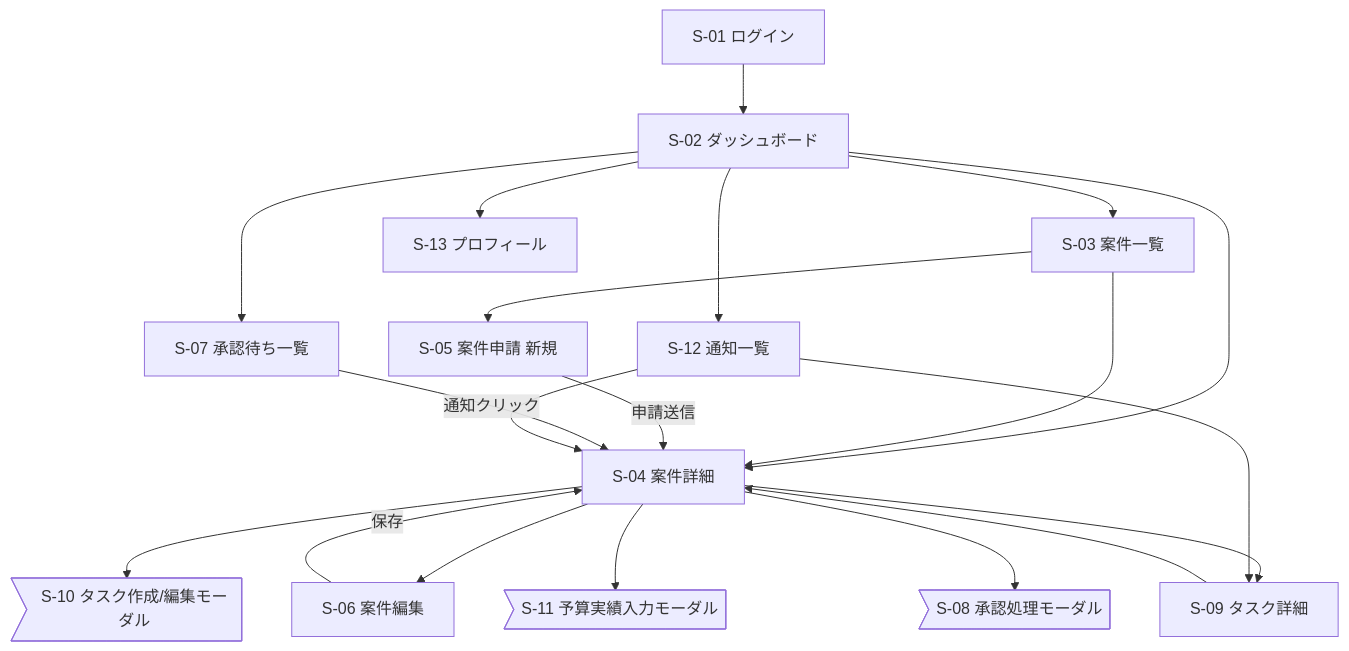
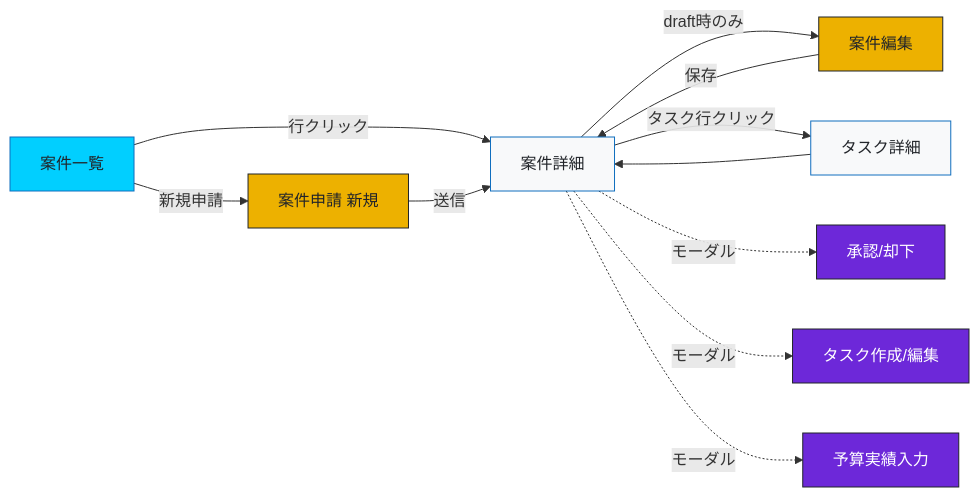
The second of 3 diagrams in quest_1/doc/Design/screen_flow.md (toutetu/ProjNexus), drawn with Mermaid before and after one commit. The commit also changed other lines of this file and 2 other files, not shown here.

Commit message:
docs: update daily report and schedule progress
Reflect today's progress in the daily report and align the design schedule and screen flow notes with the latest implementation plan.

Made-with: Cursor

````diff
--- a/quest_1/doc/Design/screen_flow.md
+++ b/quest_1/doc/Design/screen_flow.md
@@ -49,36 +72,25 @@
 ```mermaid
-flowchart TD
-  S01[S-01 ログイン]
-  S02[S-02 ダッシュボード]
-  S03[S-03 案件一覧]
-  S04[S-04 案件詳細]
-  S05[S-05 案件申請 新規]
-  S06[S-06 案件編集]
-  S07[S-07 承認待ち一覧]
-  S08>S-08 承認処理モーダル]
-  S09[S-09 タスク詳細]
-  S10>S-10 タスク作成/編集モーダル]
-  S11>S-11 予算実績入力モーダル]
-  S12[S-12 通知一覧]
-  S13[S-13 プロフィール]
+flowchart LR
+  S03[案件一覧]:::hub
+  S05[案件申請 新規]:::form
+  S04[案件詳細]:::detail
+  S06[案件編集]:::form
+  S09[タスク詳細]:::detail
 
-  S01 --> S02
-  S02 --> S03
-  S02 --> S07
-  S02 --> S12
-  S02 --> S04
-  S03 --> S04
-  S03 --> S05
-  S05 -->|申請送信| S04
-  S04 --> S06
+  S03 -->|新規申請| S05
+  S03 -->|行クリック| S04
+  S05 -->|送信| S04
+  S04 -->|draft時のみ| S06
   S06 -->|保存| S04
-  S04 --> S09
-  S04 --> S10
-  S04 --> S11
-  S04 --> S08
-  S07 --> S04
+  S04 -->|タスク行クリック| S09
   S09 --> S04
-  S12 -->|通知クリック| S04
-  S12 --> S09
-  S02 --> S13
+
+  S04 -.モーダル.-> M08[承認/却下]:::modal
+  S04 -.モーダル.-> M10[タスク作成/編集]:::modal
+  S04 -.モーダル.-> M11[予算実績入力]:::modal
+
+  classDef hub fill:#01CFFF,stroke:#106EBE,color:#212429
+  classDef form fill:#EDB100,stroke:#212429,color:#212429
+  classDef detail fill:#F8F9FA,stroke:#106EBE,color:#212429
+  classDef modal fill:#6D28D9,stroke:#212429,color:#FFFFFF
 ```
````
